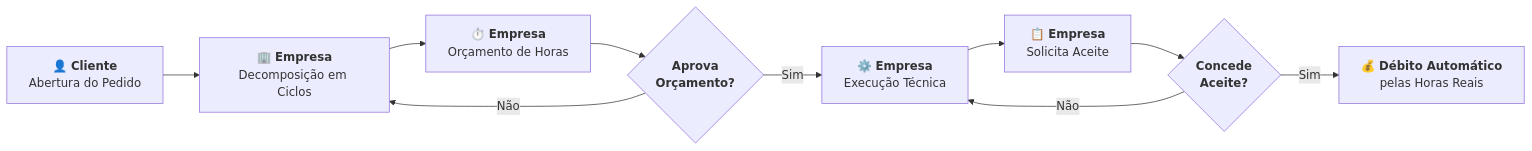
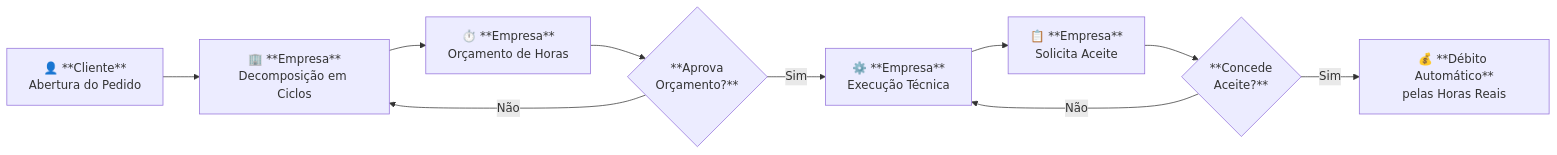
One commit to andresouza72br-sketch/SHM-Support-Hours-Manager changed the second of 3 diagrams in README.md. Above: the diagram before and after it, drawn with Mermaid. The commit also changed other lines of this file and 1 other file, not shown here.

Commit message:
docs: corrige renderizacao dos diagramas mermaid e adiciona links do linkedin no manifesto e readme

````diff
--- a/README.md
+++ b/README.md
@@ -112,8 +119,8 @@
 ```mermaid
 flowchart LR
-    A["👤 <b>Cliente</b><br>Abertura do Pedido"] --> B["🏢 <b>Empresa</b><br>Decomposição em Ciclos"] --> C["⏱️ <b>Empresa</b><br>Orçamento de Horas"] --> D{"<b>Aprova<br>Orçamento?</b>"}
+    A["👤 **Cliente**<br>Abertura do Pedido"] --> B["🏢 **Empresa**<br>Decomposição em Ciclos"] --> C["⏱️ **Empresa**<br>Orçamento de Horas"] --> D{"**Aprova<br>Orçamento?**"}
     D -- "Não" --> B
-    D -- "Sim" --> E["⚙️ <b>Empresa</b><br>Execução Técnica"] --> F["📋 <b>Empresa</b><br>Solicita Aceite"] --> G{"<b>Concede<br>Aceite?</b>"}
+    D -- "Sim" --> E["⚙️ **Empresa**<br>Execução Técnica"] --> F["📋 **Empresa**<br>Solicita Aceite"] --> G{"**Concede<br>Aceite?**"}
     G -- "Não" --> E
-    G -- "Sim" --> H["💰 <b>Débito Automático</b><br>pelas Horas Reais"]
+    G -- "Sim" --> H["💰 **Débito Automático**<br>pelas Horas Reais"]
 ```
````
